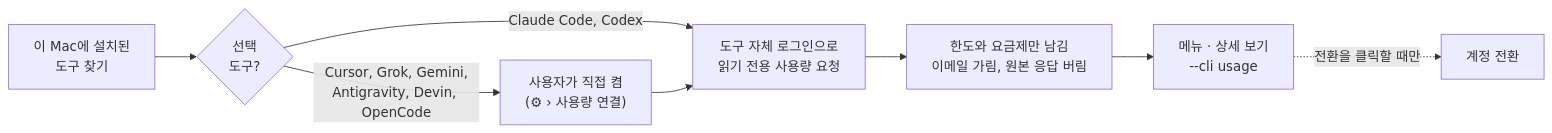
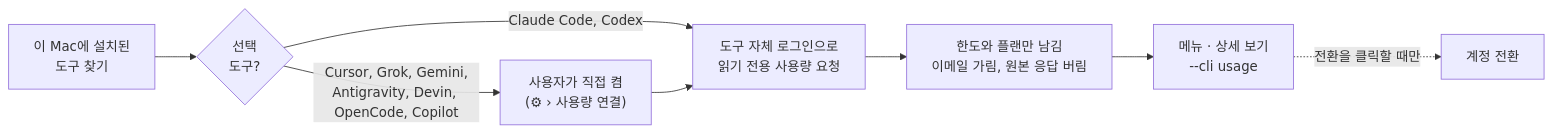
One commit to deximple/usageswitch changed the diagram in README.ko.md. Above: the diagram before and after it, drawn with Mermaid. The commit also changed other lines of this file and 89 other files, not shown here.

````diff
--- a/README.ko.md
+++ b/README.ko.md
@@ -302,10 +305,10 @@
 ```mermaid
 flowchart LR
     A["이 Mac에 설치된<br/>도구 찾기"] --> B{"선택<br/>도구?"}
     B -- "Claude Code, Codex" --> D
-    B -- "Cursor, Grok, Gemini,<br/>Antigravity, Devin, OpenCode" --> C["사용자가 직접 켬<br/>(⚙︎ › 사용량 연결)"]
+    B -- "Cursor, Grok, Gemini,<br/>Antigravity, Devin, OpenCode, Copilot" --> C["사용자가 직접 켬<br/>(⚙︎ › 사용량 연결)"]
     C --> D["도구 자체 로그인으로<br/>읽기 전용 사용량 요청"]
-    D --> E["한도와 요금제만 남김<br/>이메일 가림, 원본 응답 버림"]
+    D --> E["한도와 플랜만 남김<br/>이메일 가림, 원본 응답 버림"]
     E --> F["메뉴 · 상세 보기<br/>--cli usage"]
     F -. "전환을 클릭할 때만" .-> G["계정 전환"]
 ```
````
